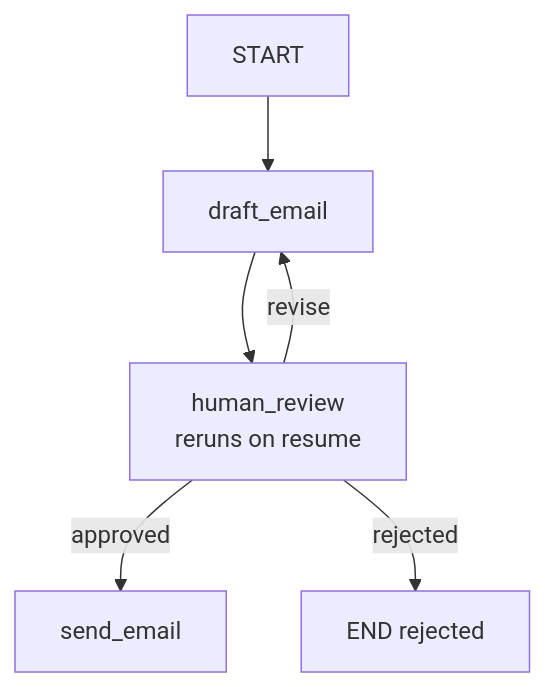
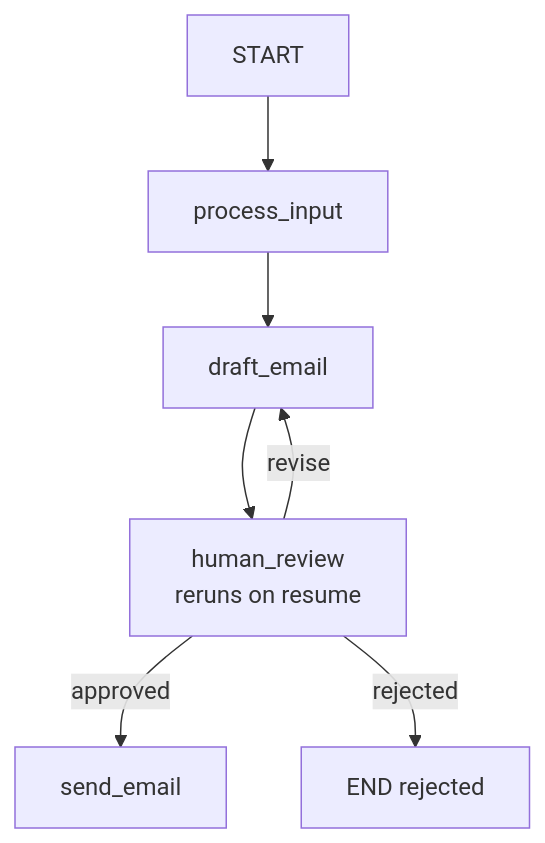
Before and after one commit to welcomelwd/every-skill: the diagram in agent/workflows/google-adk-python/contributing/samples/workflows/request_input_rerun/README.md, drawn with Mermaid. The commit also changed 8308 other files, not shown here.

````diff
--- a/agent/workflows/google-adk-python/contributing/samples/workflows/request_input_rerun/README.md
+++ b/agent/workflows/google-adk-python/contributing/samples/workflows/request_input_rerun/README.md
@@ -26,8 +26,9 @@
 ```mermaid
 graph TD
-    START --> draft_email
+    START --> process_input
+    process_input --> draft_email
     draft_email --> human_review[human_review <br/>reruns on resume]
     human_review -->|revise| draft_email
     human_review -->|approved| send_email
     human_review -->|rejected| END_rejected[END rejected]
 ```
````
